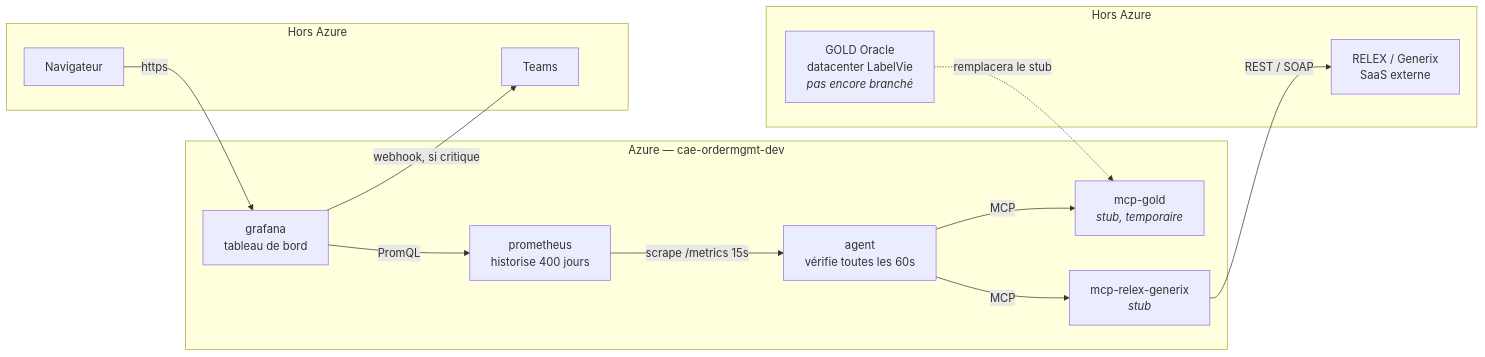
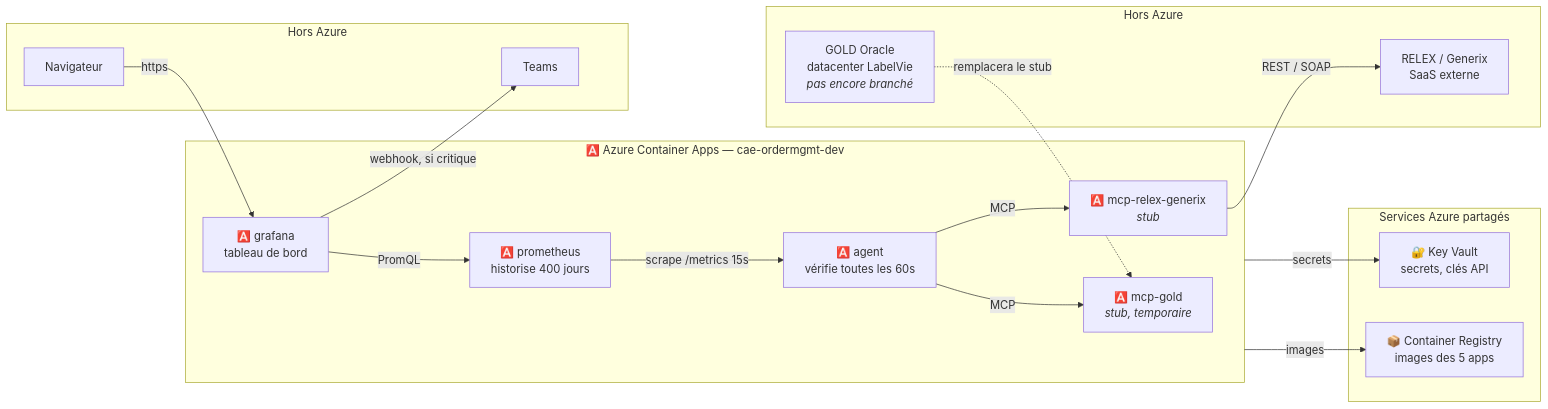
Before and after one commit to dadaw-maker/monitoring-agent: the diagram in MonitoringAgent/Guide utilisateur.md, drawn with Mermaid. The commit also changed other lines of this file, not shown here.

Commit message:
docs: show Azure services and Key Vault/ACR in Guide utilisateur diagram
Mirrors the architecture-diagram update made in the companion Artifact:
the 5 Container Apps are now flagged as Azure resources in the diagram
itself (not just in prose), and Key Vault / Container Registry become
real nodes with arrows instead of a footnote-only mention.

````diff
--- a/MonitoringAgent/Guide utilisateur.md
+++ b/MonitoringAgent/Guide utilisateur.md
@@ -20,29 +20,36 @@
 ```mermaid
 flowchart LR
     subgraph ext_left["Hors Azure"]
         goldprod["GOLD Oracle<br/>datacenter LabelVie<br/><i>pas encore branché</i>"]
         relexsaas["RELEX / Generix<br/>SaaS externe"]
     end
 
-    subgraph azure["Azure — cae-ordermgmt-dev"]
-        goldApp["mcp-gold<br/><i>stub, temporaire</i>"]
-        relexApp["mcp-relex-generix<br/><i>stub</i>"]
-        agent["agent<br/>vérifie toutes les 60s"]
-        prom["prometheus<br/>historise 400 jours"]
-        grafana["grafana<br/>tableau de bord"]
+    subgraph azure["🅰️ Azure Container Apps — cae-ordermgmt-dev"]
+        goldApp["🅰️ mcp-gold<br/><i>stub, temporaire</i>"]
+        relexApp["🅰️ mcp-relex-generix<br/><i>stub</i>"]
+        agent["🅰️ agent<br/>vérifie toutes les 60s"]
+        prom["🅰️ prometheus<br/>historise 400 jours"]
+        grafana["🅰️ grafana<br/>tableau de bord"]
+    end
+
+    subgraph shared["Services Azure partagés"]
+        kv["🔐 Key Vault<br/>secrets, clés API"]
+        acr["📦 Container Registry<br/>images des 5 apps"]
     end
 
     subgraph ext_right["Hors Azure"]
         browser["Navigateur"]
         teams["Teams"]
     end
 
     agent -->|MCP| goldApp
     agent -->|MCP| relexApp
     goldprod -.->|remplacera le stub| goldApp
     relexApp -->|REST / SOAP| relexsaas
     prom -->|scrape /metrics 15s| agent
     grafana -->|PromQL| prom
     browser -->|https| grafana
     grafana -->|webhook, si critique| teams
+    azure -->|secrets| kv
+    azure -->|images| acr
 ```
````
